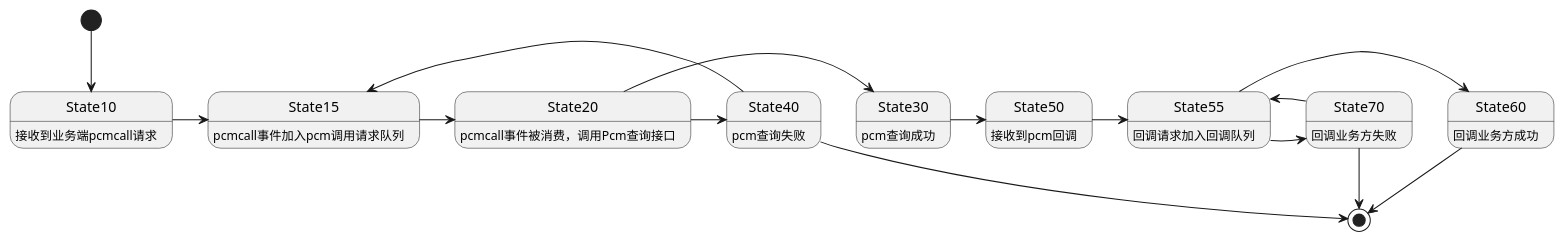
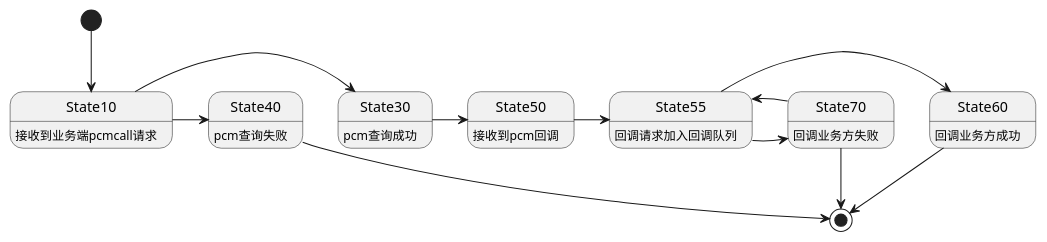
Before and after one commit to 0xff1234/xiaoshujiang: the third of 4 diagrams in PcmDispatcher设计文档.md, drawn with PlantUML.

Commit message:
修改文件: PcmDispatcher设计文档.md

````diff
--- a/PcmDispatcher设计文档.md
+++ b/PcmDispatcher设计文档.md
@@ -111,36 +111,29 @@
 ``` plantuml!
 @startuml
 [*] --> State10
 State10 : 接收到业务端pcmcall请求
-State10 -> State15
-
-State15 :pcmcall事件加入pcm调用请求队列
-State15 -> State20
-
-State20 : pcmcall事件被消费，调用Pcm查询接口
-State20 -> State30
-State20 -> State40
+State10 -> State30
+State10 -> State40
 
 State40 : pcm查询失败
-State40 -> State15
 State40 --> [*]
 
 State30 : pcm查询成功
 State30 -> State50
 
 State50 : 接收到pcm回调
 State50 -> State55
 
 
 State55 : 回调请求加入回调队列
 State55 -> State60
 State55-> State70
 
 State60 : 回调业务方成功
 State60 --> [*]
 
 State70 : 回调业务方失败
 State70 -> State55
 State70 --> [*]
 @enduml
 ```
````
